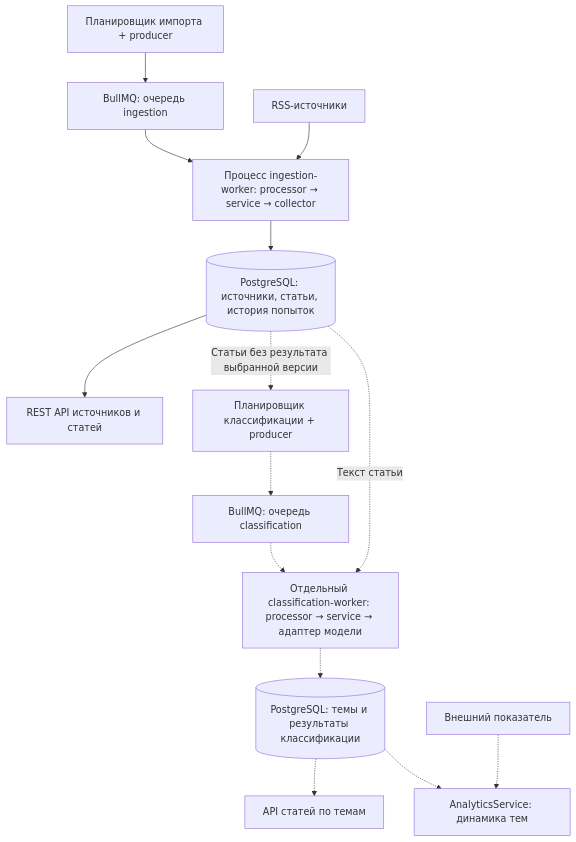
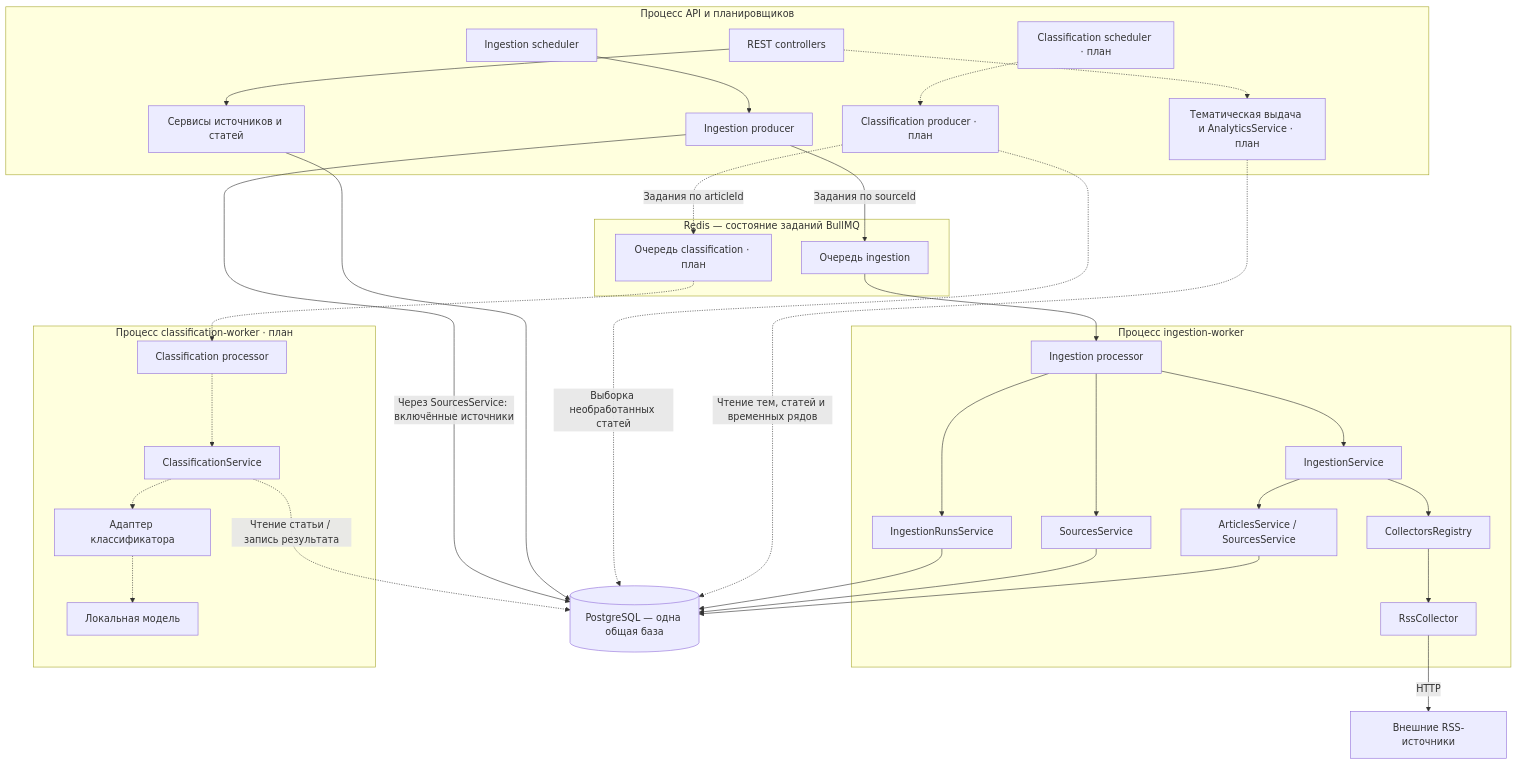
Before and after one commit to naive-algorithm/media-monitor: the diagram in README.md, drawn with Mermaid. The commit also changed other lines of this file, not shown here.

Commit message:
docs: clarify architecture diagram and process boundaries

````diff
--- a/README.md
+++ b/README.md
@@ -27,17 +25,47 @@
 ```mermaid
 flowchart TD
-    S["Планировщик импорта + producer"] --> IQ["BullMQ: очередь ingestion"]
-    IQ --> IW["Процесс ingestion-worker: processor → service → collector"]
-    RSS["RSS-источники"] --> IW
-    IW --> DB[("PostgreSQL: источники, статьи, история попыток")]
-    DB --> API["REST API источников и статей"]
+    subgraph APP["Процесс API и планировщиков"]
+        IS["Ingestion scheduler"] --> IP["Ingestion producer"]
+        CS["Classification scheduler · план"] -.-> CP["Classification producer · план"]
+        API["REST controllers"] --> READ["Сервисы источников и статей"]
+        API -.-> ANALYTICS["Тематическая выдача и AnalyticsService · план"]
+    end
 
-    DB -. "Статьи без результата выбранной версии" .-> CP["Планировщик классификации + producer"]
-    CP -.-> CQ["BullMQ: очередь classification"]
-    CQ -.-> CW["Отдельный classification-worker: processor → service → адаптер модели"]
-    DB -. "Текст статьи" .-> CW
-    CW -.-> RESULTS[("PostgreSQL: темы и результаты классификации")]
-    RESULTS -.-> TOPICS["API статей по темам"]
-    RESULTS -.-> ANALYTICS["AnalyticsService: динамика тем"]
-    METRIC["Внешний показатель"] -.-> ANALYTICS
+    subgraph REDIS["Redis — состояние заданий BullMQ"]
+        IQ["Очередь ingestion"]
+        CQ["Очередь classification · план"]
+    end
+
+    subgraph INGEST["Процесс ingestion-worker"]
+        PROC["Ingestion processor"] --> SERVICE["IngestionService"]
+        PROC --> RUNS["IngestionRunsService"]
+        PROC --> SOURCE["SourcesService"]
+        SERVICE --> REG["CollectorsRegistry"]
+        REG --> RSS["RssCollector"]
+        SERVICE --> SAVE["ArticlesService / SourcesService"]
+    end
+
+    subgraph CLASSIFY["Процесс classification-worker · план"]
+        CPROC["Classification processor"] -.-> CSERVICE["ClassificationService"]
+        CSERVICE -.-> ADAPTER["Адаптер классификатора"]
+        ADAPTER -.-> MODEL["Локальная модель"]
+    end
+
+    DB[("PostgreSQL — одна общая база")]
+    FEEDS["Внешние RSS-источники"]
+
+    IP -->|"Задания по sourceId"| IQ
+    IP -->|"Через SourcesService: включённые источники"| DB
+    IQ --> PROC
+    RSS -->|"HTTP"| FEEDS
+    RUNS --> DB
+    SOURCE --> DB
+    SAVE --> DB
+    READ --> DB
+
+    CP -. "Выборка необработанных статей" .-> DB
+    CP -. "Задания по articleId" .-> CQ
+    CQ -.-> CPROC
+    CSERVICE -. "Чтение статьи / запись результата" .-> DB
+    ANALYTICS -. "Чтение тем, статей и временных рядов" .-> DB
 ```
````
